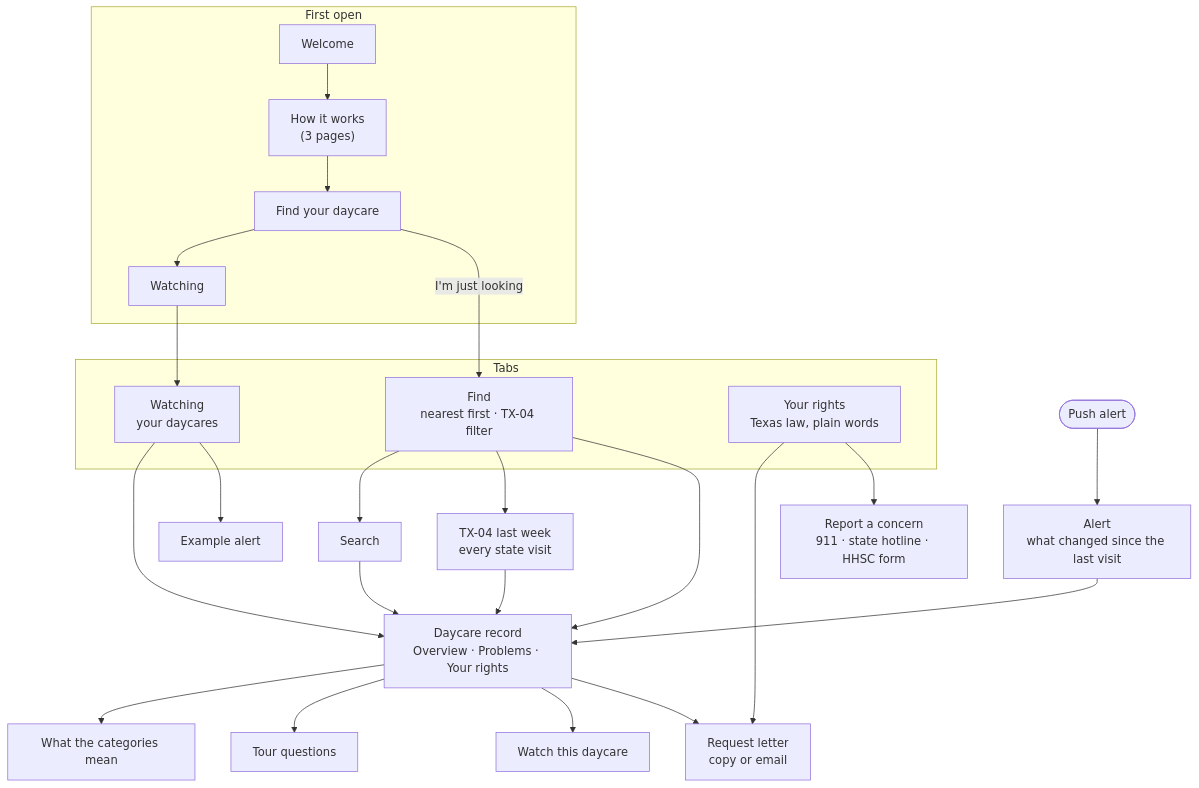
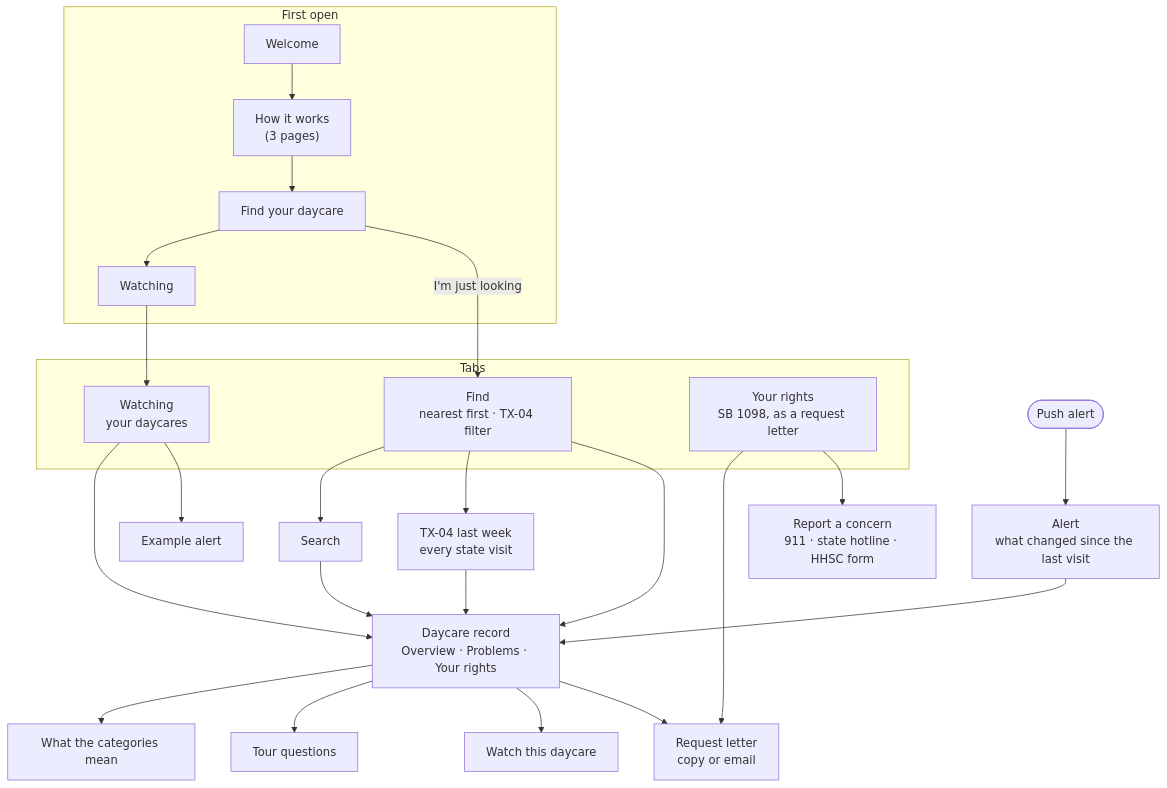
One commit to areebhirani-beep/daycare-watch changed the third of 8 diagrams in README.md. Above: the diagram before and after it, drawn with Mermaid. The commit also changed other lines of this file and 2 other files, not shown here.

Commit message:
README banner: use the tagline

````diff
--- a/README.md
+++ b/README.md
@@ -97,25 +97,25 @@
 ```mermaid
 flowchart TB
   subgraph ON["First open"]
     o1["Welcome"] --> o2["How it works<br/>(3 pages)"] --> o3["Find your daycare"] --> o4["Watching"]
   end
   subgraph TABS["Tabs"]
     t1["Find<br/>nearest first · TX-04 filter"]
     t2["Watching<br/>your daycares"]
-    t3["Your rights<br/>Texas law, plain words"]
+    t3["Your rights<br/>SB 1098, as a request letter"]
   end
   o3 -- "I'm just looking" --> t1
   o4 --> t2
   t1 --> s["Search"] --> d
   t1 --> wk["TX-04 last week<br/>every state visit"] --> d
   t1 --> d["Daycare record<br/>Overview · Problems · Your rights"]
   t2 --> d
   t2 --> ex["Example alert"]
   d --> cat["What the categories mean"]
   d --> tour["Tour questions"]
   d --> wt["Watch this daycare"]
   d --> let["Request letter<br/>copy or email"]
   t3 --> let
   t3 --> rep["Report a concern<br/>911 · state hotline · HHSC form"]
   push(["Push alert"]) --> al["Alert<br/>what changed since the last visit"] --> d
 ```
````
